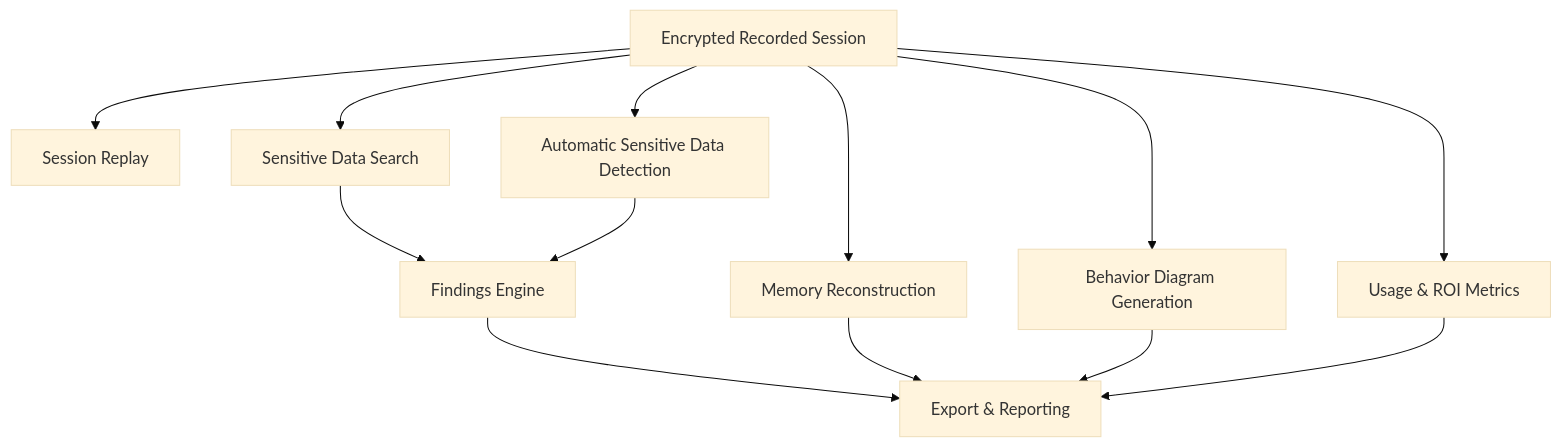
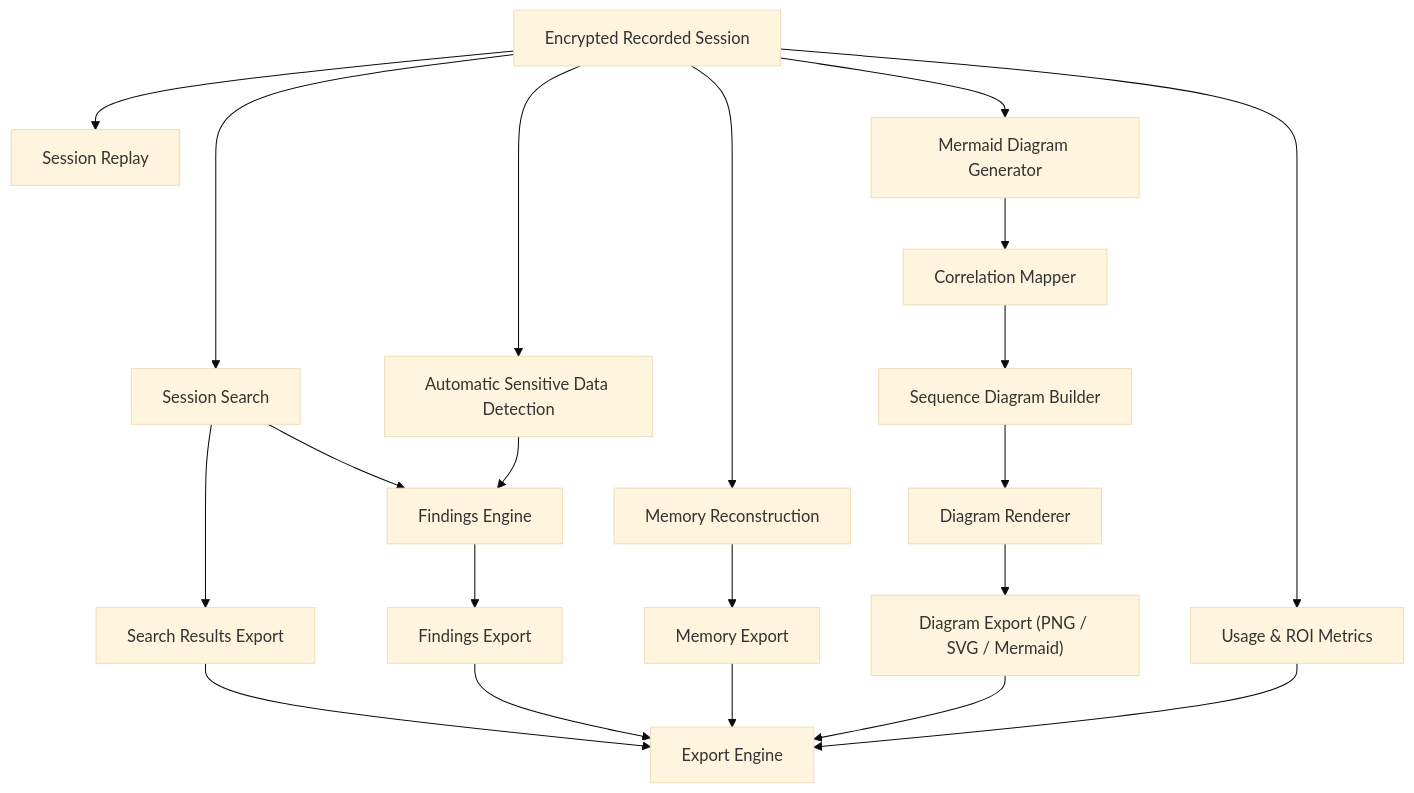
Before and after one commit to EG-ETCS/wiresploit: the seventh of 15 diagrams in docs/01_Requirements/01_SysRS/05_System_Architecture.md, drawn with Mermaid (base theme). The commit also changed other lines of this file, not shown here.

First line of the commit message:
Map functional requirements and update architecture

````diff
--- a/docs/01_Requirements/01_SysRS/05_System_Architecture.md
+++ b/docs/01_Requirements/01_SysRS/05_System_Architecture.md
@@ -320,36 +394,62 @@
 ```mermaid
+
 flowchart TD
 
     Session["Encrypted Recorded Session"]
 
     Replay["Session Replay"]
 
-    Search["Sensitive Data Search"]
+    Search["Session Search"]
 
     AutoDetect["Automatic Sensitive Data Detection"]
 
     Findings["Findings Engine"]
 
     Memory["Memory Reconstruction"]
 
-    Behavior["Behavior Diagram Generation"]
+    Diagram["Mermaid Diagram Generator"]
+
+    Correlation["Correlation Mapper"]
+
+    Sequence["Sequence Diagram Builder"]
+
+    Renderer["Diagram Renderer"]
 
     Metrics["Usage & ROI Metrics"]
 
-    Export["Export & Reporting"]
+    Export["Export Engine"]
+
+    SearchExport["Search Results Export"]
+
+    DiagramExport["Diagram Export (PNG / SVG / Mermaid)"]
+
+    MemoryExport["Memory Export"]
+
+    FindingsExport["Findings Export"]
 
     Session --> Replay
+
     Session --> Search
     Session --> AutoDetect
     Session --> Memory
-    Session --> Behavior
+    Session --> Diagram
     Session --> Metrics
 
     Search --> Findings
     AutoDetect --> Findings
 
-    Findings --> Export
-    Memory --> Export
-    Behavior --> Export
+    Diagram --> Correlation
+    Correlation --> Sequence
+    Sequence --> Renderer
+
+    Search --> SearchExport
+    Findings --> FindingsExport
+    Memory --> MemoryExport
+    Renderer --> DiagramExport
+
+    SearchExport --> Export
+    FindingsExport --> Export
+    MemoryExport --> Export
+    DiagramExport --> Export
     Metrics --> Export
 ```
````
